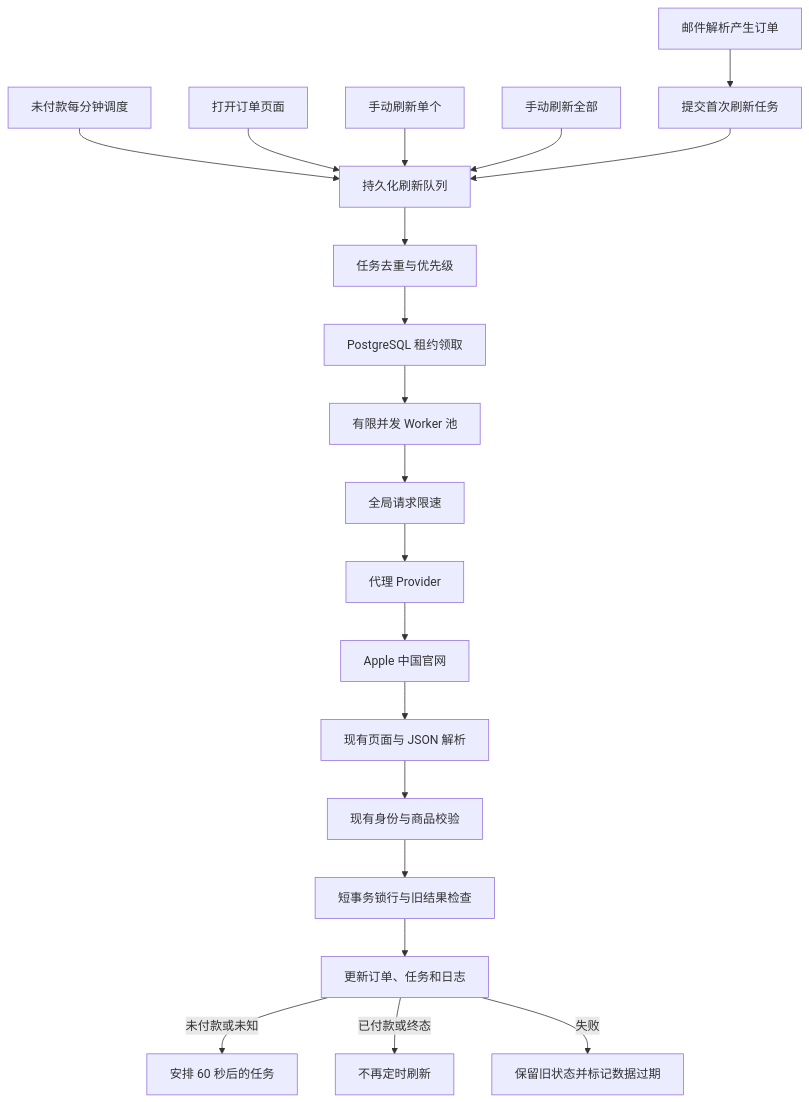
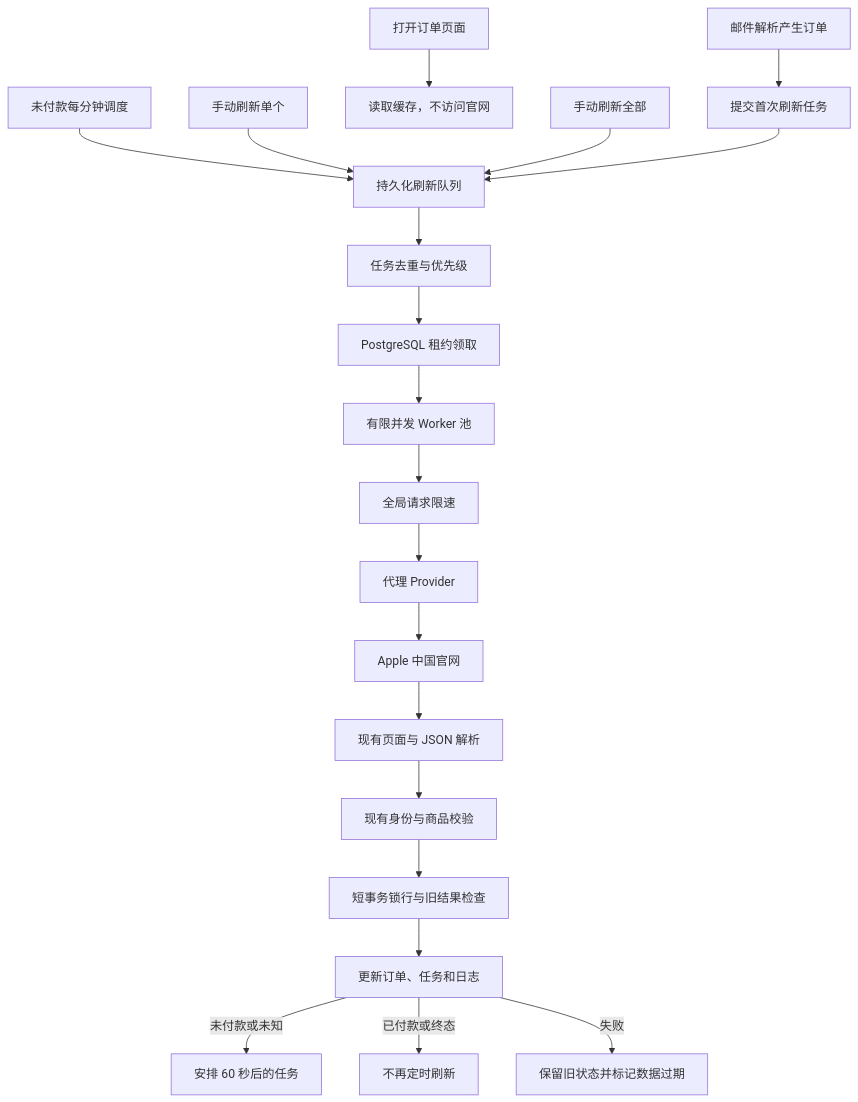
One commit to Seraph1211/AppleOrderMgr changed the diagram in docs/planning/订单状态刷新与爬虫重构方案.md. Above: the diagram before and after it, drawn with Mermaid. The commit also changed other lines of this file and 74 other files, not shown here.

````diff
--- a/docs/planning/订单状态刷新与爬虫重构方案.md
+++ b/docs/planning/订单状态刷新与爬虫重构方案.md
@@ -64,25 +64,25 @@
 ```mermaid
 flowchart TD
     A[邮件解析产生订单] --> B[提交首次刷新任务]
     C[未付款每分钟调度] --> D[持久化刷新队列]
-    E[打开订单页面] --> D
+    E[打开订单页面] --> Cache[读取缓存，不访问官网]
     F[手动刷新单个] --> D
     G[手动刷新全部] --> D
     B --> D
 
     D --> H[任务去重与优先级]
     H --> I[PostgreSQL 租约领取]
     I --> J[有限并发 Worker 池]
     J --> K[全局请求限速]
     K --> L[代理 Provider]
     L --> M[Apple 中国官网]
 
     M --> N[现有页面与 JSON 解析]
     N --> O[现有身份与商品校验]
     O --> P[短事务锁行与旧结果检查]
     P --> Q[更新订单、任务和日志]
 
     Q -->|未付款或未知| R[安排 60 秒后的任务]
     Q -->|已付款或终态| S[不再定时刷新]
     Q -->|失败| T[保留旧状态并标记数据过期]
 ```
````
